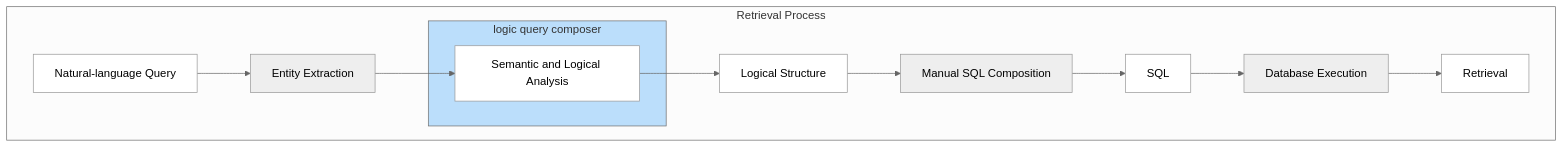
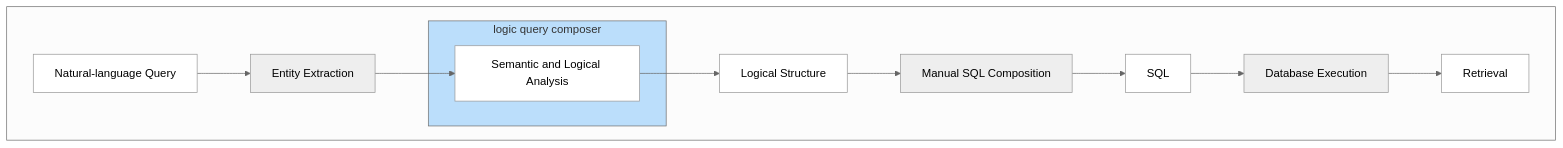
One commit to seanox/seanox-ai-nlp changed the second of 3 diagrams in README.md. Above: the diagram before and after it, drawn with Mermaid.

Commit message:
#0000 Documentation: Update of content

````diff
--- a/README.md
+++ b/README.md
@@ -68,32 +68,32 @@
 ```mermaid
 ---
 config:
   theme: neutral
 ---
 flowchart TD
-    subgraph subGraph2["Retrieval Process"]
+    subgraph subGraph2[" "]
         D["Natural-language Query"]
         E["Entity Extraction"]
         subgraph subGraph2-1["logic query composer"]
             F["Semantic and Logical Analysis"]
         end
         G["Logical Structure"]
         H["Manual SQL Composition"]
         I["SQL"]
         J["Database Execution"]
         K["Retrieval"]
     end
     D --> E
     E --> F
     F --> G
     G --> H
     H --> I
     I --> J
     J --> K
     style subGraph2-1 fill:#BBDEFB
     style D fill:#FFFFFF
     style F fill:#FFFFFF
     style G fill:#FFFFFF
     style I fill:#FFFFFF
     style K fill:#FFFFFF
 ```
````
